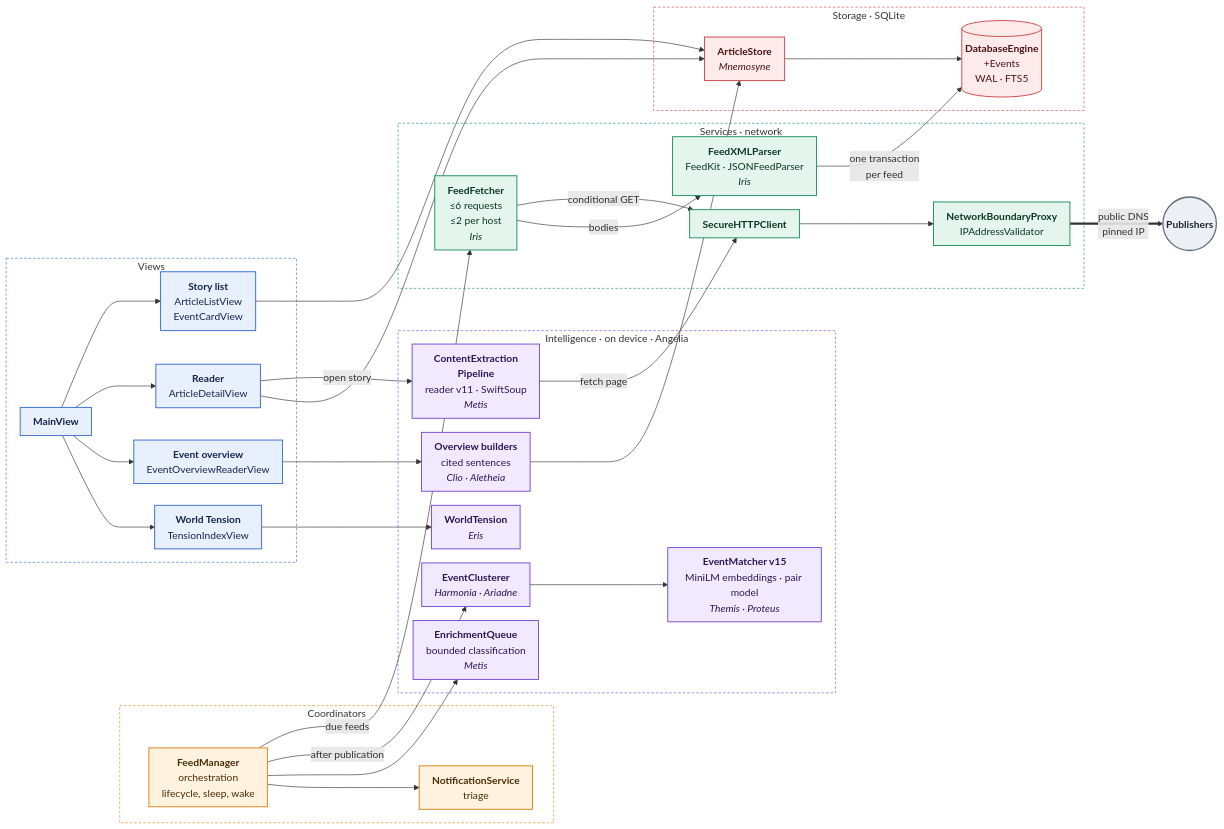
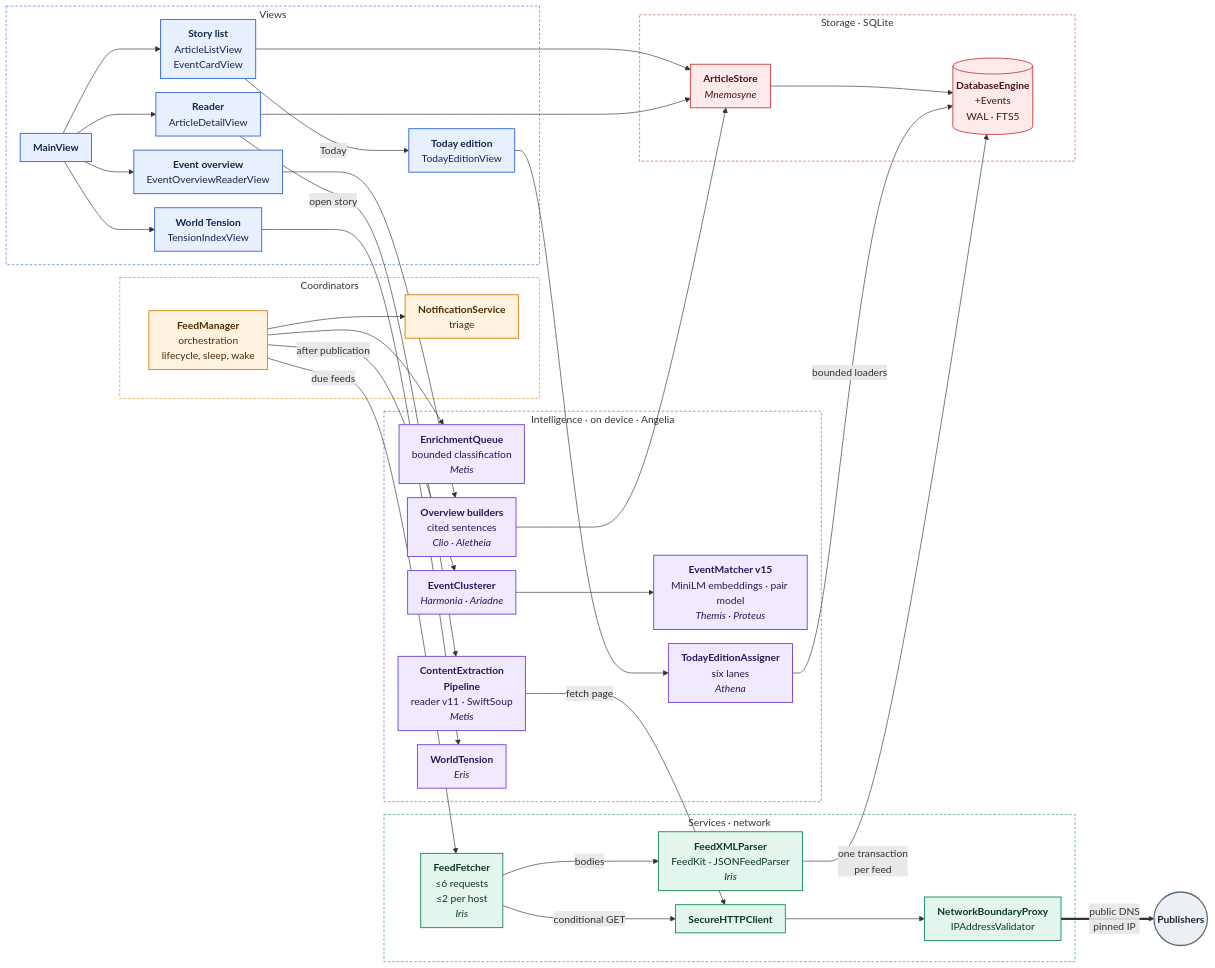
The first of 3 diagrams in docs/ARCHITECTURE.md (marspater/NewsApp-macOS), drawn with Mermaid before and after one commit. The commit also changed other lines of this file and 18 other files, not shown here.

````diff
--- a/docs/ARCHITECTURE.md
+++ b/docs/ARCHITECTURE.md
@@ -22,75 +22,80 @@
 ```mermaid
 %%{init: {"flowchart": {"curve": "basis", "nodeSpacing": 22, "rankSpacing": 44, "padding": 10}}}%%
 flowchart LR
     subgraph Coord["Coordinators"]
         FM["<b>FeedManager</b><br/>orchestration<br/>lifecycle, sleep, wake"]
         NS["<b>NotificationService</b><br/>triage"]
     end
 
     subgraph UI["Views"]
         Main["<b>MainView</b>"]
         List["<b>Story list</b><br/>ArticleListView<br/>EventCardView"]
         Reader["<b>Reader</b><br/>ArticleDetailView"]
         Overview["<b>Event overview</b><br/>EventOverviewReaderView"]
         Tension["<b>World Tension</b><br/>TensionIndexView"]
+        Today["<b>Today edition</b><br/>TodayEditionView"]
     end
 
     subgraph Intel["Intelligence · on device · Angelia"]
         EQ["<b>EnrichmentQueue</b><br/>bounded classification<br/><i>Metis</i>"]
         EC["<b>EventClusterer</b><br/><i>Harmonia · Ariadne</i>"]
         EM["<b>EventMatcher v15</b><br/>MiniLM embeddings · pair model<br/><i>Themis · Proteus</i>"]
         CEP["<b>ContentExtraction<br/>Pipeline</b><br/>reader v11 · SwiftSoup<br/><i>Metis</i>"]
         OV["<b>Overview builders</b><br/>cited sentences<br/><i>Clio · Aletheia</i>"]
         WT["<b>WorldTension</b><br/><i>Eris</i>"]
+        TE["<b>TodayEditionAssigner</b><br/>six lanes<br/><i>Athena</i>"]
     end
 
     subgraph Svc["Services · network"]
         FF["<b>FeedFetcher</b><br/>≤6 requests<br/>≤2 per host<br/><i>Iris</i>"]
         Parse["<b>FeedXMLParser</b><br/>FeedKit · JSONFeedParser<br/><i>Iris</i>"]
         HTTP["<b>SecureHTTPClient</b>"]
         GW["<b>NetworkBoundaryProxy</b><br/>IPAddressValidator"]
     end
 
     subgraph Store["Storage · SQLite"]
         AS["<b>ArticleStore</b><br/><i>Mnemosyne</i>"]
         DB[("<b>DatabaseEngine</b><br/>+Events<br/>WAL · FTS5")]
     end
 
     Net(("<b>Publishers</b>"))
 
     FM -->|due feeds| FF
     FM -->|after publication| EC
     FM --> EQ & NS
     EC --> EM
     FF -->|conditional GET| HTTP
     FF -->|bodies| Parse
     Parse -->|one transaction<br/>per feed| DB
     Main --> List & Reader & Overview & Tension
     Reader -->|open story| CEP
     CEP -->|fetch page| HTTP
     HTTP --> GW
     GW ==>|public DNS<br/>pinned IP| Net
     Overview --> OV
     OV --> AS
     List & Reader --> AS
     AS --> DB
     Tension --> WT
+    List -->|Today| Today
+    Today --> TE
+    TE -->|bounded loaders| DB
 
     classDef ui fill:#E8F0FE,stroke:#3B6FD8,stroke-width:1.5px,color:#14264A
     classDef coord fill:#FFF3E0,stroke:#D9861C,stroke-width:1.5px,color:#4A2C05
     classDef intel fill:#F1E9FE,stroke:#7C4DDB,stroke-width:1.5px,color:#2B1755
     classDef svc fill:#E3F5EC,stroke:#23935F,stroke-width:1.5px,color:#0D3825
     classDef store fill:#FDEBEC,stroke:#CF4A4A,stroke-width:1.5px,color:#4A1212
     classDef ext fill:#ECEFF3,stroke:#5F6B7A,stroke-width:2px,color:#1E2630
-    class Main,List,Reader,Overview,Tension ui
+    class Main,List,Reader,Overview,Tension,Today ui
     class FM,NS coord
-    class CEP,EQ,EC,EM,OV,WT intel
+    class CEP,EQ,EC,EM,OV,WT,TE intel
     class FF,Parse,HTTP,GW svc
     class AS,DB store
     class Net ext
     style UI fill:none,stroke:#3B6FD8,stroke-dasharray:4 3
     style Coord fill:none,stroke:#D9861C,stroke-dasharray:4 3
     style Intel fill:none,stroke:#7C4DDB,stroke-dasharray:4 3
     style Svc fill:none,stroke:#23935F,stroke-dasharray:4 3
     style Store fill:none,stroke:#CF4A4A,stroke-dasharray:4 3
 ```
````
